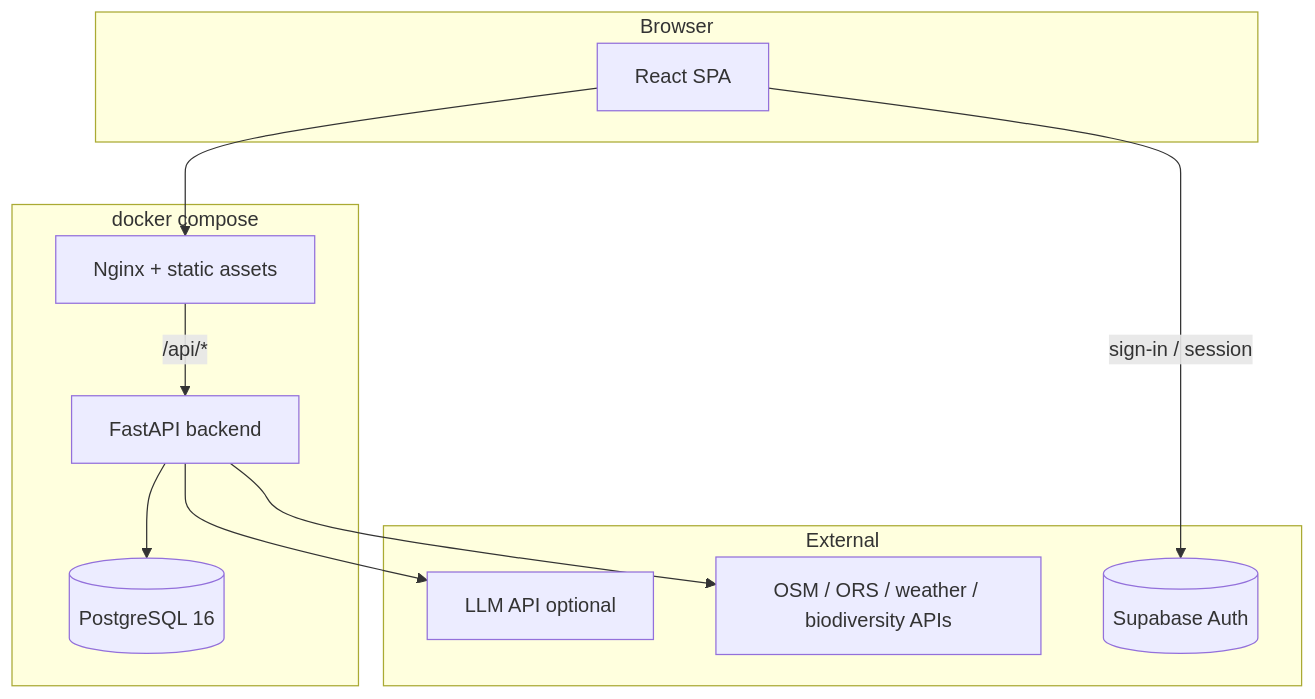
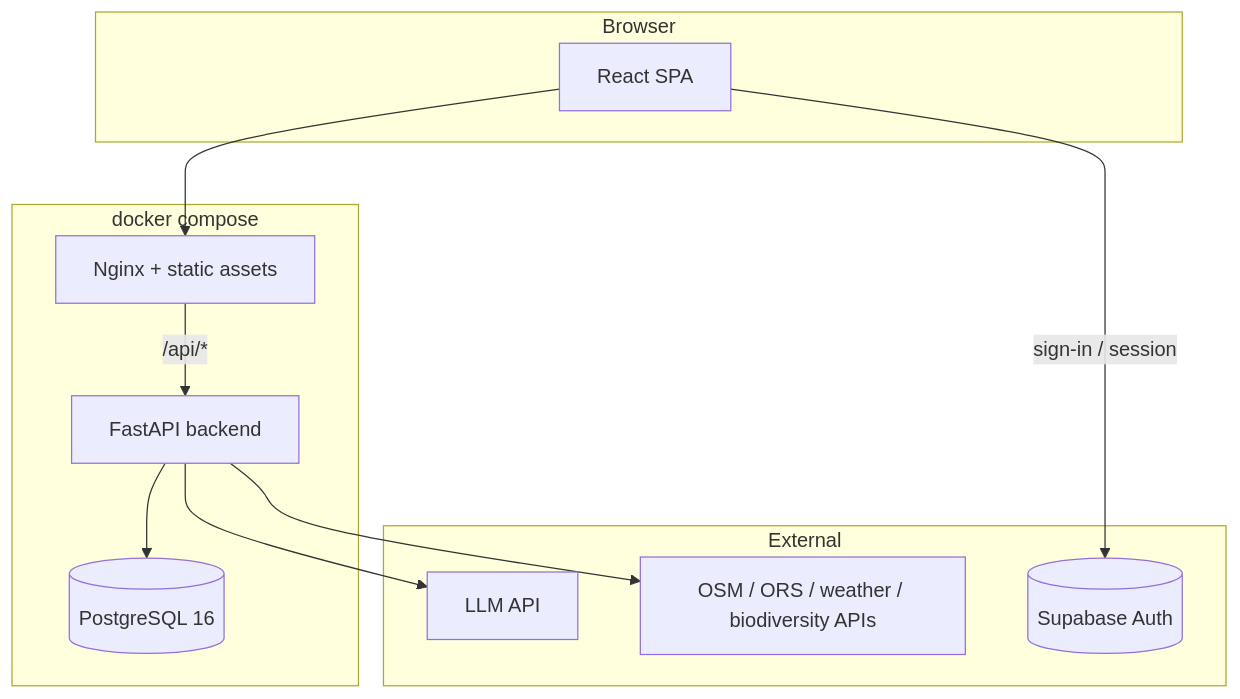
Before and after one commit to Biligo7/RAFINAI: the diagram in README.md, drawn with Mermaid.

````diff
--- a/README.md
+++ b/README.md
@@ -45,25 +45,25 @@
 ```mermaid
 flowchart TB
     subgraph Browser
         SPA[React SPA]
     end
 
     subgraph Docker["docker compose"]
         NG[Nginx + static assets]
         API[FastAPI backend]
         PG[(PostgreSQL 16)]
     end
 
     subgraph External
         SB[(Supabase Auth)]
-        AI[LLM API optional]
+        AI[LLM API]
         MAP[OSM / ORS / weather / biodiversity APIs]
     end
 
     SPA --> NG
     SPA -->|sign-in / session| SB
     NG -->|"/api/*"| API
     API --> PG
     API --> AI
     API --> MAP
 ```
````
